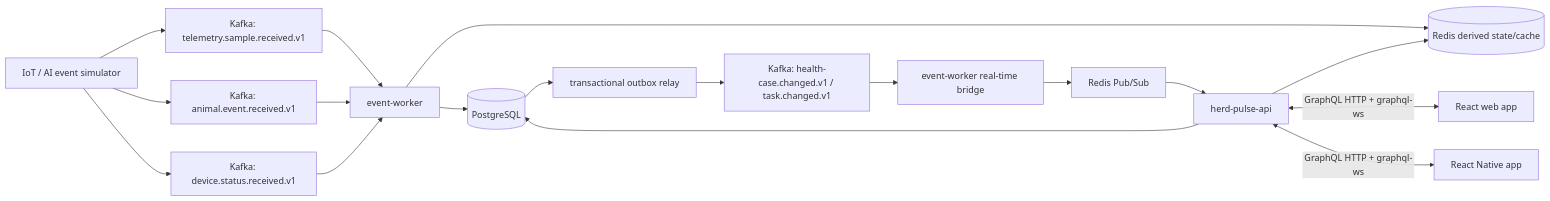
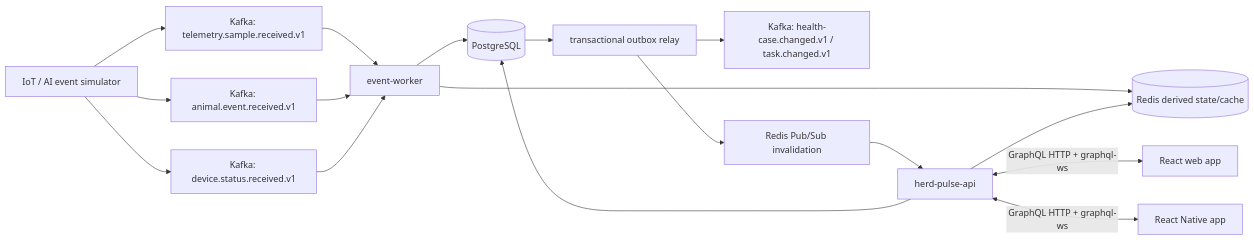
One commit to fullstack-nick/HerdPulse changed the diagram in README.md. Above: the diagram before and after it, drawn with Mermaid. The commit also changed other lines of this file and 98 other files, not shown here.

````diff
--- a/README.md
+++ b/README.md
@@ -54,24 +63,23 @@
 ```mermaid
 flowchart LR
     SIM["IoT / AI event simulator"] --> TK["Kafka: telemetry.sample.received.v1"]
     SIM --> EK["Kafka: animal.event.received.v1"]
     SIM --> DK["Kafka: device.status.received.v1"]
 
     TK --> WORKER["event-worker"]
     EK --> WORKER
     DK --> WORKER
 
     WORKER --> PG[("PostgreSQL")]
     WORKER --> RC[("Redis derived state/cache")]
     API["herd-pulse-api"] --> PG
     API --> RC
 
     PG --> OUTBOX["transactional outbox relay"]
     OUTBOX --> CK["Kafka: health-case.changed.v1 / task.changed.v1"]
-    CK --> BRIDGE["event-worker real-time bridge"]
-    BRIDGE --> RP["Redis Pub/Sub"]
+    OUTBOX --> RP["Redis Pub/Sub invalidation"]
     RP --> API
 
     API <-->|"GraphQL HTTP + graphql-ws"| WEB["React web app"]
     API <-->|"GraphQL HTTP + graphql-ws"| MOBILE["React Native app"]
 ```
````
